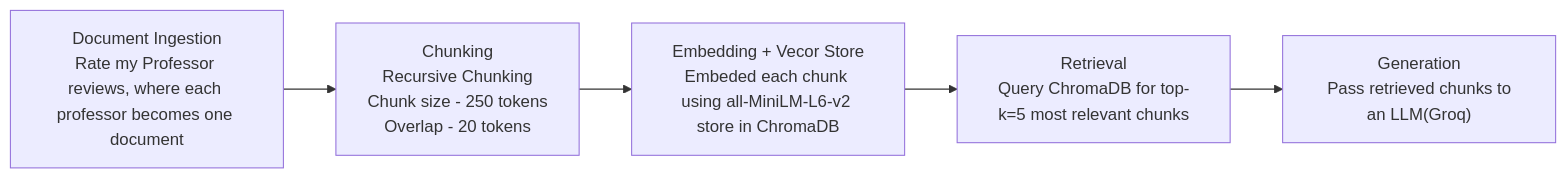
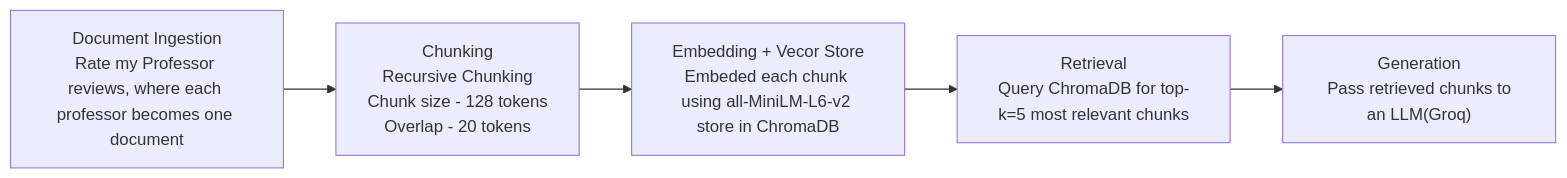
Before and after one commit to K3iye/ai201-project1-unofficial-guide-starter: the diagram in planning.md, drawn with Mermaid. The commit also changed other lines of this file and 17 other files, not shown here.

````diff
--- a/planning.md
+++ b/planning.md
@@ -117,8 +117,8 @@
 ```mermaid
 flowchart LR 
 A["Document Ingestion<br/>Rate my Professor reviews, where each professor becomes one document"]
---> B["Chunking<br/>Recursive Chunking<br/>Chunk size - 250 tokens<br/>Overlap - 20 tokens "]
+--> B["Chunking<br/>Recursive Chunking<br/>Chunk size - 128 tokens<br/>Overlap - 20 tokens "]
 --> C["Embedding + Vecor Store<br/>Embeded each chunk using all-MiniLM-L6-v2 store in ChromaDB"]
 --> D["Retrieval<br/>Query ChromaDB for top-k=5 most relevant chunks"]
 --> E["Generation<br/> Pass retrieved chunks to an LLM(Groq)"]
 ```
````
